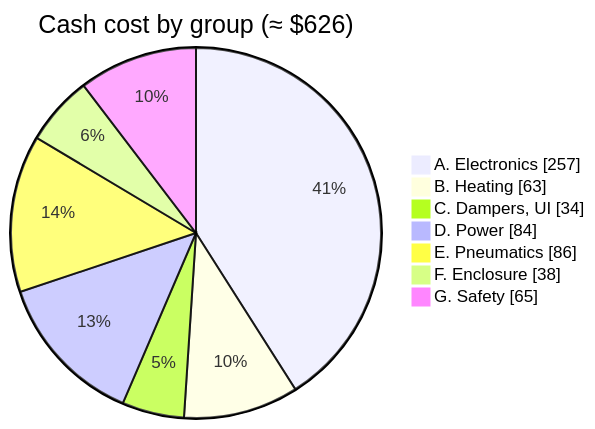
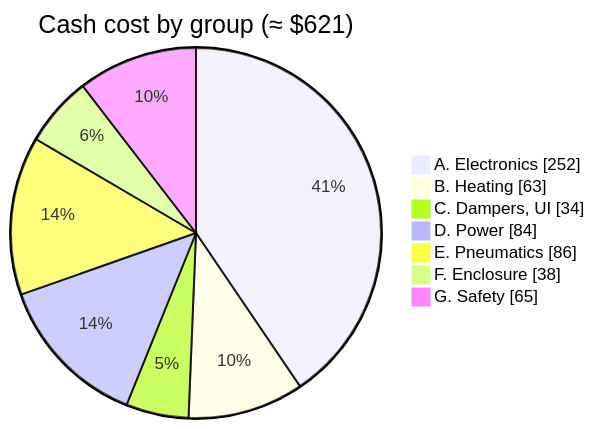
Before and after one commit to BashfulBits/3dp-fleet-exhaust: the diagram in docs/03_bill_of_materials.md, drawn with Mermaid. The commit also changed other lines of this file and 11 other files, not shown here.

````diff
--- a/docs/03_bill_of_materials.md
+++ b/docs/03_bill_of_materials.md
@@ -28,11 +28,11 @@
 ```mermaid
 pie showData
-  title Cash cost by group (≈ $626)
-  "A. Electronics" : 257
+  title Cash cost by group (≈ $621)
+  "A. Electronics" : 252
   "B. Heating" : 63
   "C. Dampers, UI" : 34
   "D. Power" : 84
   "E. Pneumatics" : 86
   "F. Enclosure" : 38
   "G. Safety" : 65
 ```
````
